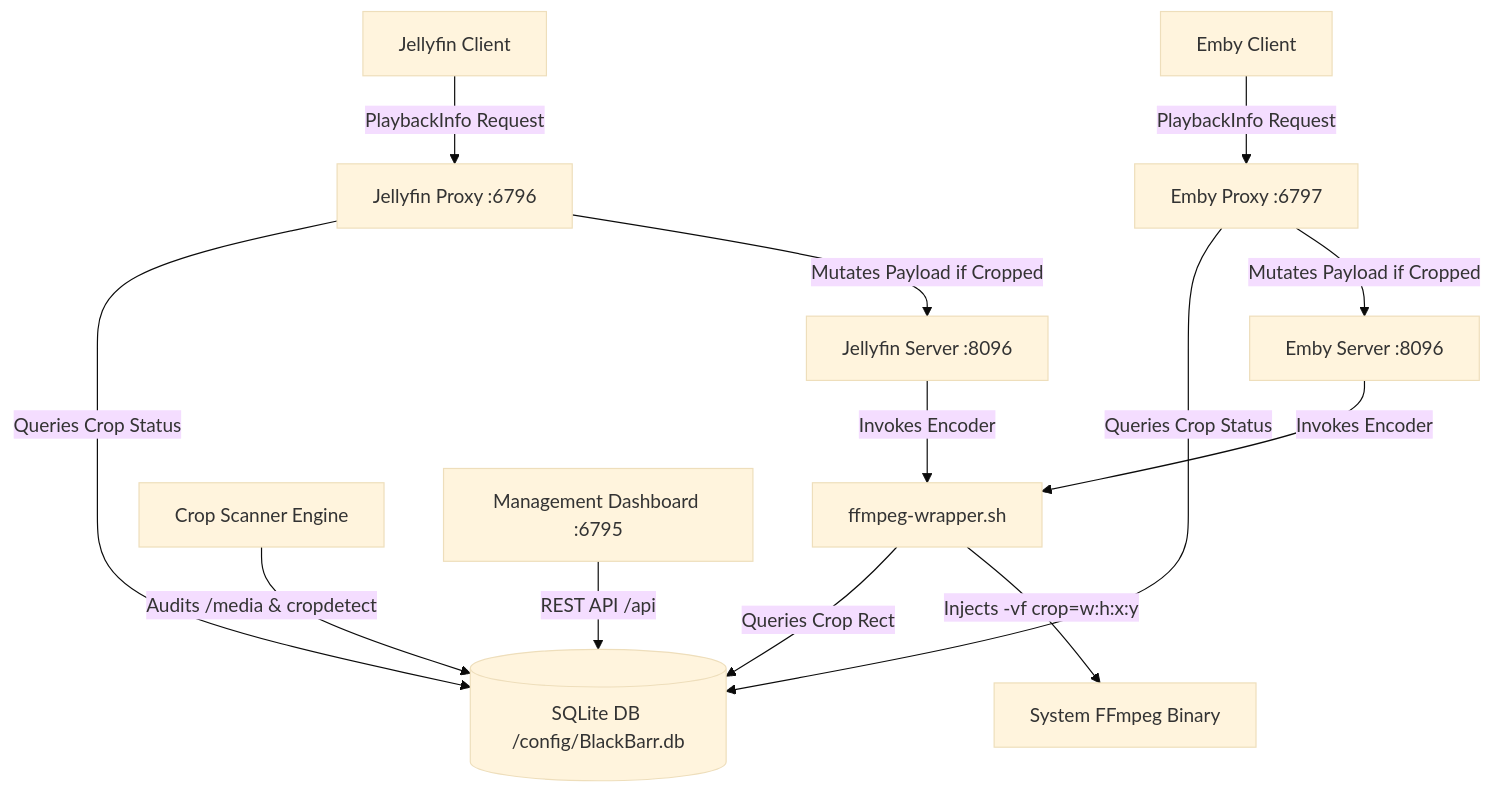
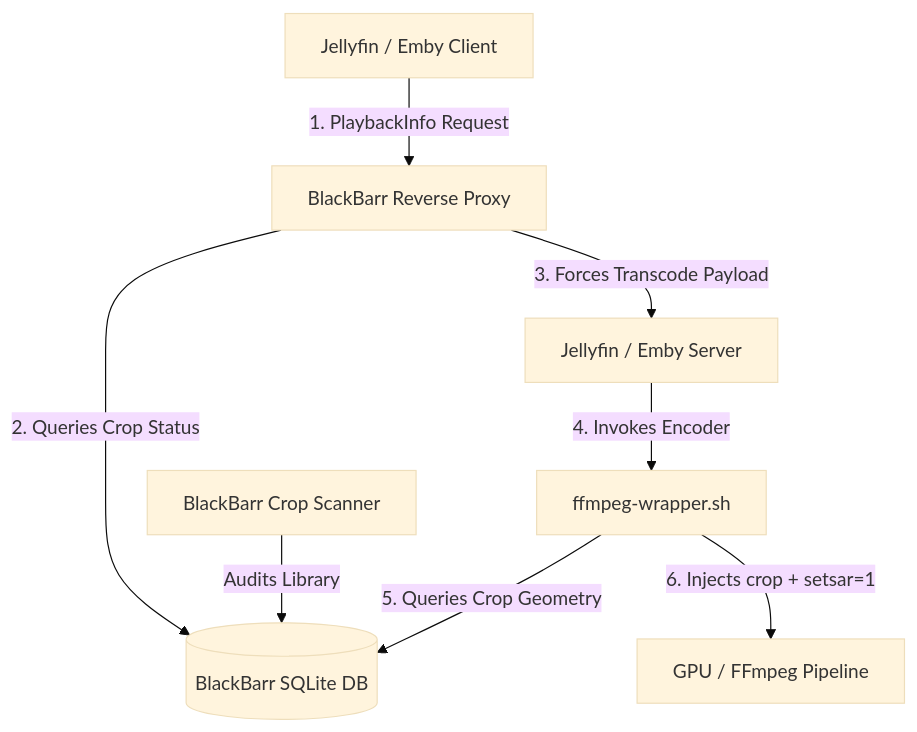
Before and after one commit to EatPrilosec/BlackBarr: the diagram in README.md, drawn with Mermaid (base theme). The commit also changed other lines of this file, not shown here.

Commit message:
Redo README.md with architecture overview, Docker Compose stack setup, HW accel guide, and basic usage guide

````diff
--- a/README.md
+++ b/README.md
@@ -20,20 +15,11 @@
 ```mermaid
 flowchart TD
-    JFClient[Jellyfin Client] -->|PlaybackInfo Request| JFProxy[Jellyfin Proxy :6796]
-    EmbyClient[Emby Client] -->|PlaybackInfo Request| EmbyProxy[Emby Proxy :6797]
+    Client[Jellyfin / Emby Client] -->|1. PlaybackInfo Request| Proxy[BlackBarr Reverse Proxy]
+    Proxy -->|2. Queries Crop Status| DB[(BlackBarr SQLite DB)]
+    Proxy -->|3. Forces Transcode Payload| Server[Jellyfin / Emby Server]
+    Server -->|4. Invokes Encoder| Wrapper[ffmpeg-wrapper.sh]
+    Wrapper -->|5. Queries Crop Geometry| DB
+    Wrapper -->|6. Injects crop + setsar=1| HW[GPU / FFmpeg Pipeline]
     
-    JFProxy -->|Queries Crop Status| DB[(SQLite DB /config/BlackBarr.db)]
-    EmbyProxy -->|Queries Crop Status| DB
-
-    JFProxy -->|Mutates Payload if Cropped| JFServer[Jellyfin Server :8096]
-    EmbyProxy -->|Mutates Payload if Cropped| EmbyServer[Emby Server :8096]
-
-    JFServer -->|Invokes Encoder| Wrapper[ffmpeg-wrapper.sh]
-    EmbyServer -->|Invokes Encoder| Wrapper
-    
-    Wrapper -->|Queries Crop Rect| DB
-    Wrapper -->|Injects -vf crop=w:h:x:y| FFmpeg[System FFmpeg Binary]
-    
-    Scanner[Crop Scanner Engine] -->|Audits /media & cropdetect| DB
-    WebUI[Management Dashboard :6795] -->|REST API /api| DB
+    Scanner[BlackBarr Crop Scanner] -->|Audits Library| DB
 ```
````
